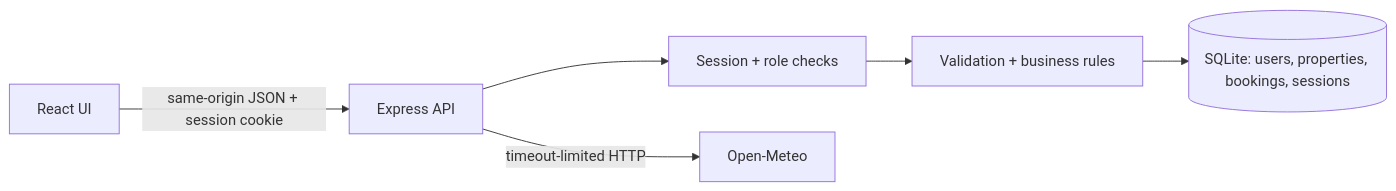
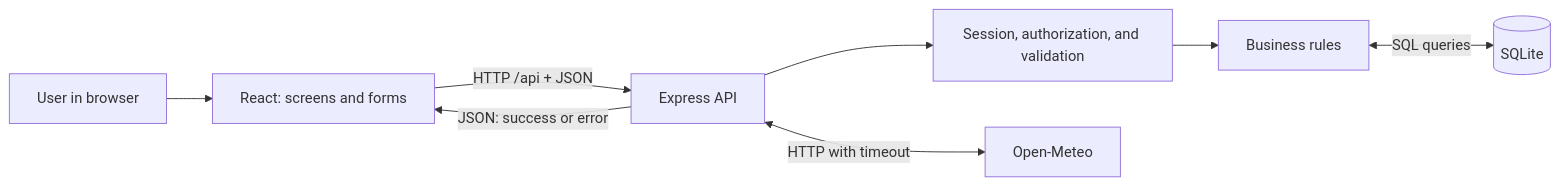
Before and after one commit to ShirFeld/StayFinder: the first of 2 diagrams in docs/architecture.md, drawn with Mermaid. The commit also changed other lines of this file and 2 other files, not shown here.

Commit message:
added architecture file

````diff
--- a/docs/architecture.md
+++ b/docs/architecture.md
@@ -3,8 +21,10 @@
 ```mermaid
 flowchart LR
- UI[React UI] -->|same-origin JSON + session cookie| API[Express API]
- API --> AUTH[Session + role checks]
- AUTH --> RULES[Validation + business rules]
- RULES --> DB[(SQLite: users, properties, bookings, sessions)]
- API -->|timeout-limited HTTP| WEATHER[Open-Meteo]
+    USER["User in browser"] --> UI["React: screens and forms"]
+    UI -->|"HTTP /api + JSON"| API["Express API"]
+    API --> AUTH["Session, authorization, and validation"]
+    AUTH --> LOGIC["Business rules"]
+    LOGIC <-->|"SQL queries"| DB[("SQLite")]
+    API <-->|"HTTP with timeout"| WEATHER["Open-Meteo"]
+    API -->|"JSON: success or error"| UI
 ```
````
